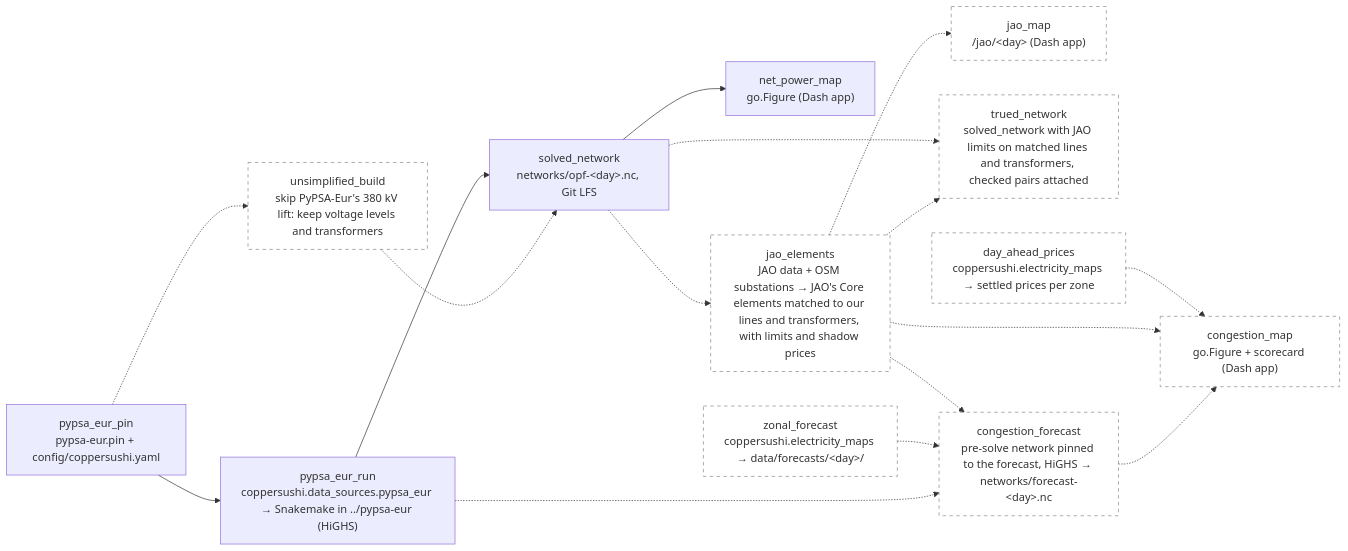
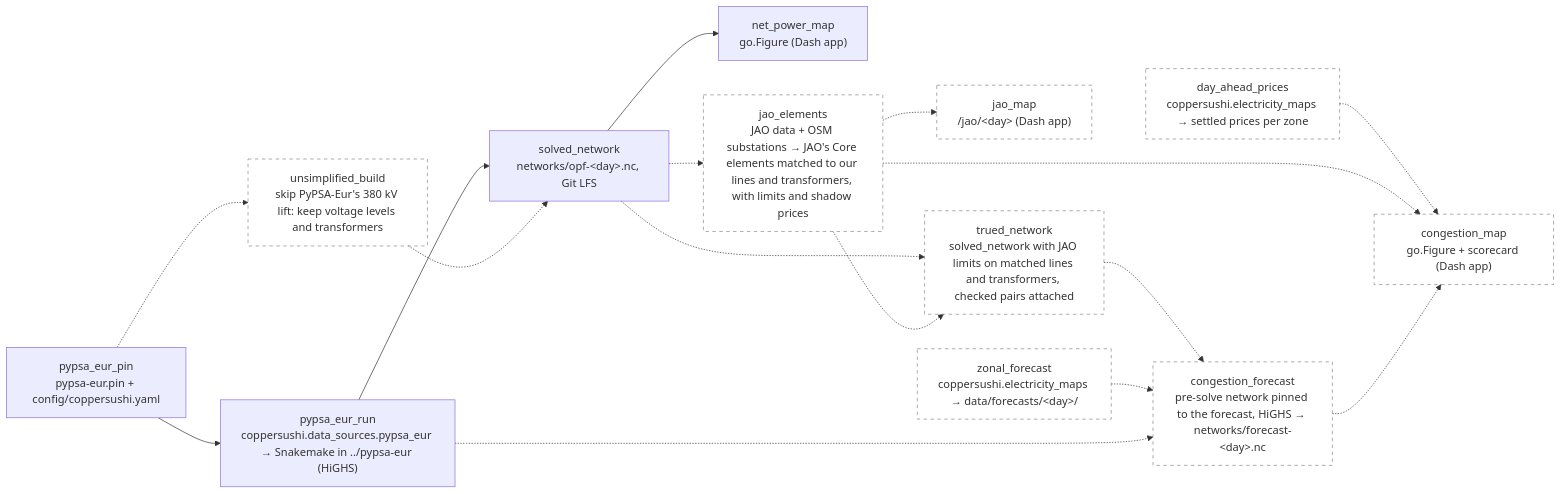
Before and after one commit to zoltanmaric/coppersushi: the diagram in wiki/sushi-2.md, drawn with Mermaid. The commit also changed 1 other file, not shown here.

Commit message:
Forecast spec: pin from the trued network; theme-safe diagram styling
Claude-Session: https://claude.ai/code/session_01CdzMqzZiVQFcL7bXP6a2rH

````diff
--- a/wiki/sushi-2.md
+++ b/wiki/sushi-2.md
@@ -16,35 +16,35 @@
 ```mermaid
 flowchart LR
     classDef planned stroke-dasharray: 5 5,stroke:#888,fill:none
 
     net_power_map["net_power_map<br/>go.Figure (Dash app)"]
 
     pypsa_eur_pin["pypsa_eur_pin<br/>pypsa-eur.pin + config/coppersushi.yaml"]
     pypsa_eur_run["pypsa_eur_run<br/>coppersushi.data_sources.pypsa_eur → Snakemake in ../pypsa-eur (HiGHS)"]
     solved_network["solved_network<br/>networks/opf-&lt;day&gt;.nc, Git LFS"]
 
     unsimplified["unsimplified_build<br/>skip PyPSA-Eur's 380 kV lift: keep voltage levels and transformers"]:::planned
     jao_elements["jao_elements<br/>JAO data + OSM substations → JAO's Core elements matched to our lines and transformers, with limits and shadow prices"]:::planned
     jao_map["jao_map<br/>/jao/&lt;day&gt; (Dash app)"]:::planned
     trued_network["trued_network<br/>solved_network with JAO limits on matched lines and transformers, checked pairs attached"]:::planned
     zonal_forecast["zonal_forecast<br/>coppersushi.electricity_maps → data/forecasts/&lt;day&gt;/"]:::planned
     congestion_forecast["congestion_forecast<br/>pre-solve network pinned to the forecast, HiGHS → networks/forecast-&lt;day&gt;.nc"]:::planned
     day_ahead_prices["day_ahead_prices<br/>coppersushi.electricity_maps → settled prices per zone"]:::planned
     congestion_map["congestion_map<br/>go.Figure + scorecard (Dash app)"]:::planned
 
     pypsa_eur_pin --> pypsa_eur_run
     pypsa_eur_pin -.-> unsimplified
     unsimplified -.-> solved_network
     pypsa_eur_run --> solved_network
     solved_network --> net_power_map
     solved_network -.-> jao_elements
     jao_elements -.-> jao_map
     jao_elements -.-> trued_network
     solved_network -.-> trued_network
     pypsa_eur_run -.-> congestion_forecast
     zonal_forecast -.-> congestion_forecast
     congestion_forecast -.-> congestion_map
-    jao_elements -.-> congestion_forecast
+    trued_network -.-> congestion_forecast
     jao_elements -.-> congestion_map
     day_ahead_prices -.-> congestion_map
 ```
````
